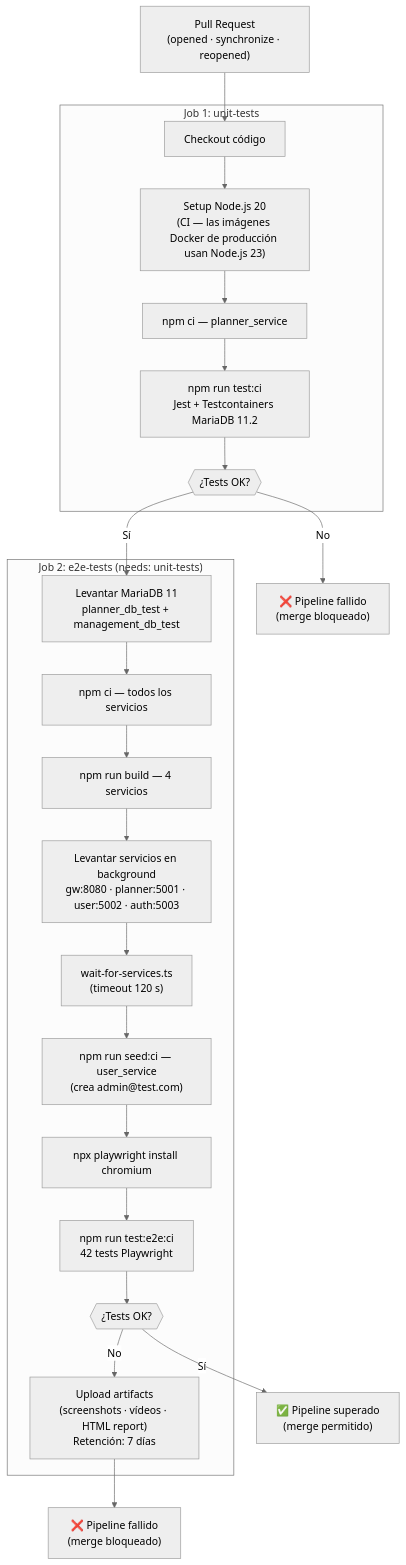
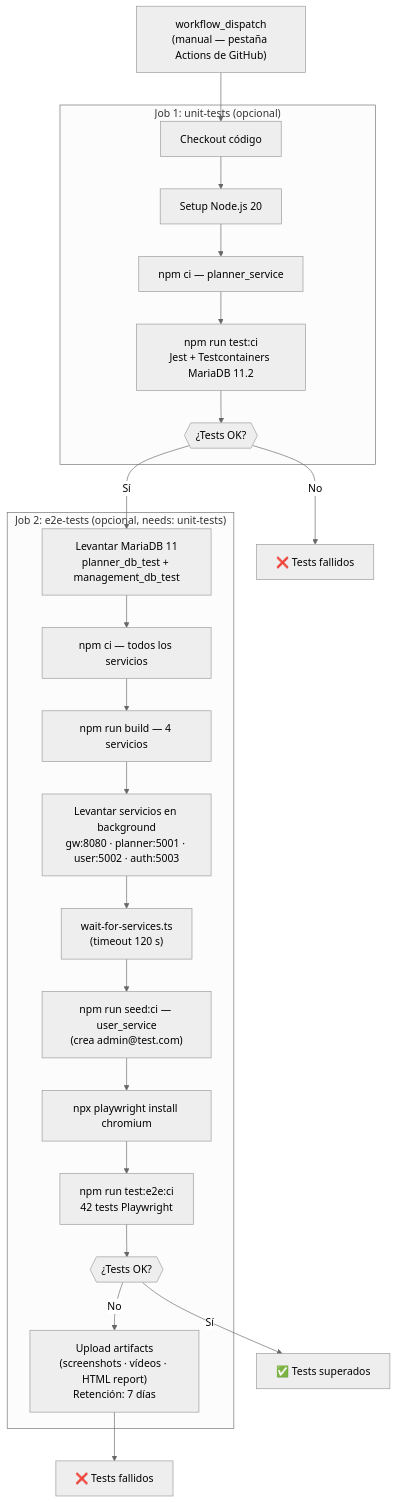
One commit to Murias10/TeachingPlanner changed the third of 3 diagrams in docs/capitulo6_implementacion.md. Above: the diagram before and after it, drawn with Mermaid (neutral theme). The commit also changed other lines of this file and 7 other files, not shown here.

````diff
--- a/docs/capitulo6_implementacion.md
+++ b/docs/capitulo6_implementacion.md
@@ -577,32 +577,32 @@
 ```mermaid
 flowchart TD
-    PR["Pull Request\n(opened · synchronize · reopened)"]
+    Dispatch["workflow_dispatch\n(manual — pestaña Actions de GitHub)"]
 
-    subgraph "Job 1: unit-tests"
+    subgraph "Job 1: unit-tests (opcional)"
         U1["Checkout código"]
-        U2["Setup Node.js 20\n(CI — las imágenes Docker de producción usan Node.js 23)"]
+        U2["Setup Node.js 20"]
         U3["npm ci — planner_service"]
         U4["npm run test:ci\nJest + Testcontainers MariaDB 11.2"]
         U5{{"¿Tests OK?"}}
     end
 
-    subgraph "Job 2: e2e-tests (needs: unit-tests)"
+    subgraph "Job 2: e2e-tests (opcional, needs: unit-tests)"
         E1["Levantar MariaDB 11\nplanner_db_test + management_db_test"]
         E2["npm ci — todos los servicios"]
         E3["npm run build — 4 servicios"]
         E4["Levantar servicios en background\ngw:8080 · planner:5001 · user:5002 · auth:5003"]
         E5["wait-for-services.ts\n(timeout 120 s)"]
         E6["npm run seed:ci — user_service\n(crea admin@test.com)"]
         E7["npx playwright install chromium"]
         E8["npm run test:e2e:ci\n42 tests Playwright"]
         E9{{"¿Tests OK?"}}
         E10["Upload artifacts\n(screenshots · vídeos · HTML report)\nRetención: 7 días"]
     end
 
-    PR --> U1 --> U2 --> U3 --> U4 --> U5
+    Dispatch --> U1 --> U2 --> U3 --> U4 --> U5
     U5 -->|"Sí"| E1
-    U5 -->|"No"| FAIL1["❌ Pipeline fallido\n(merge bloqueado)"]
+    U5 -->|"No"| FAIL1["❌ Tests fallidos"]
     E1 --> E2 --> E3 --> E4 --> E5 --> E6 --> E7 --> E8 --> E9
-    E9 -->|"Sí"| OK["✅ Pipeline superado\n(merge permitido)"]
-    E9 -->|"No"| E10 --> FAIL2["❌ Pipeline fallido\n(merge bloqueado)"]
+    E9 -->|"Sí"| OK["✅ Tests superados"]
+    E9 -->|"No"| E10 --> FAIL2["❌ Tests fallidos"]
 ```
````
